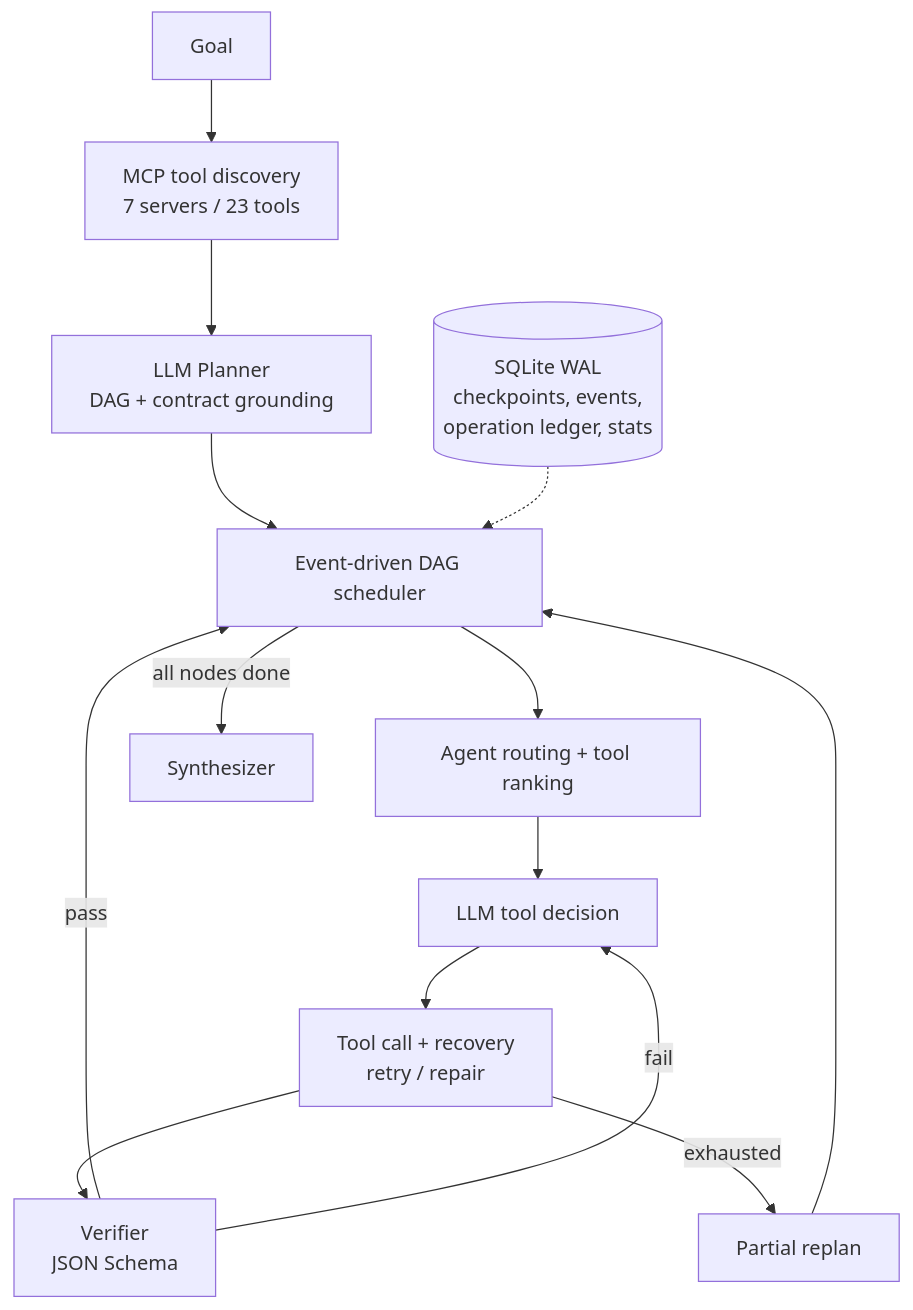
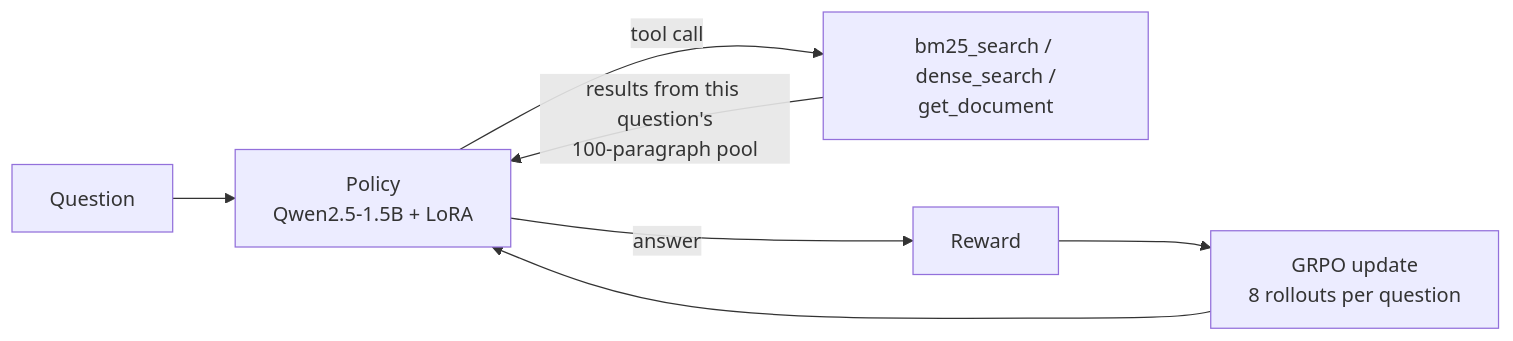
Before and after one commit to zibinghou07/agentos: the diagram in README.md, drawn with Mermaid. The commit also changed other lines of this file and 112 other files, not shown here.

````diff
--- a/README.md
+++ b/README.md
@@ -20,16 +28,9 @@
 ```mermaid
-flowchart TD
-  G["Goal"] --> D["MCP tool discovery<br/>7 servers / 23 tools"]
-  D --> P["LLM Planner<br/>DAG + contract grounding"]
-  P --> S["Event-driven DAG scheduler"]
-  S --> R["Agent routing + tool ranking"]
-  R --> L["LLM tool decision"]
-  L --> X["Tool call + recovery<br/>retry / repair"]
-  X --> V["Verifier<br/>JSON Schema"]
-  V -->|"pass"| S
-  V -->|"fail"| L
-  X -->|"exhausted"| RP["Partial replan"]
-  RP --> S
-  S -->|"all nodes done"| Y["Synthesizer"]
-  C[("SQLite WAL<br/>checkpoints, events,<br/>operation ledger, stats")] -.-> S
+flowchart LR
+  Q["Question"] --> P["Policy<br/>Qwen2.5-1.5B + LoRA"]
+  P -->|"tool call"| T["bm25_search / dense_search /<br/>get_document"]
+  T -->|"results from this question's<br/>100-paragraph pool"| P
+  P -->|"answer"| R["Reward"]
+  R --> G["GRPO update<br/>8 rollouts per question"]
+  G --> P
 ```
````
